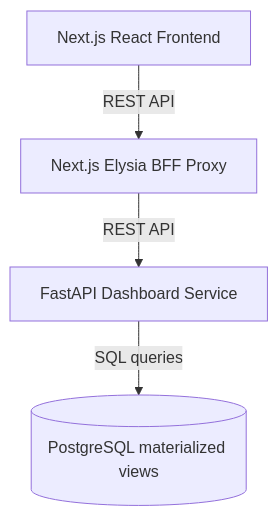
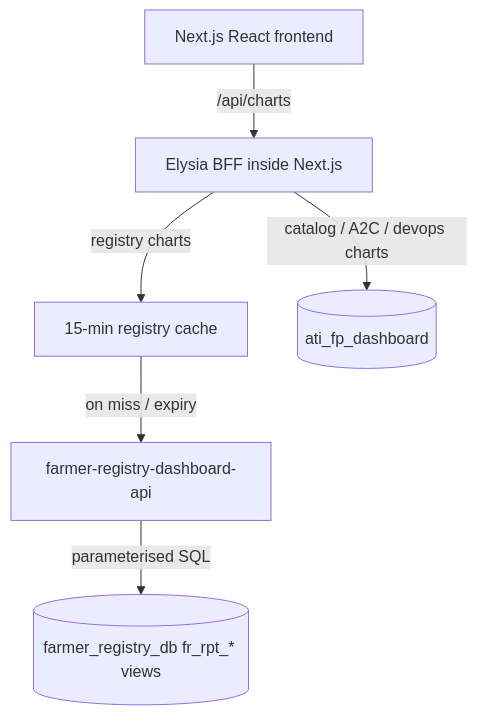
One commit to Centre-for-Open-Societal-Systems/oan_dashboards changed the diagram in README.md. Above: the diagram before and after it, drawn with Mermaid. The commit also changed other lines of this file and 4 other files, not shown here.

First line of the commit message:
docs: add registry dashboard design doc and AGENTS.md

````diff
--- a/README.md
+++ b/README.md
@@ -9,6 +11,8 @@
 ```mermaid
 flowchart TD
-    UI[Next.js React Frontend] -->|REST API| BFF[Next.js Elysia BFF Proxy]
-    BFF -->|REST API| PythonAPI[FastAPI Dashboard Service]
-    PythonAPI -->|SQL queries| PG[(PostgreSQL materialized views)]
+    UI[Next.js React frontend] -->|/api/charts| BFF[Elysia BFF inside Next.js]
+    BFF -->|registry charts| Cache[15-min registry cache]
+    Cache -->|on miss / expiry| PythonAPI[farmer-registry-dashboard-api]
+    PythonAPI -->|parameterised SQL| PG[(farmer_registry_db fr_rpt_* views)]
+    BFF -->|catalog / A2C / devops charts| Local[(ati_fp_dashboard)]
 ```
````
